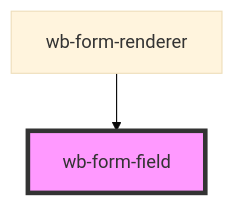
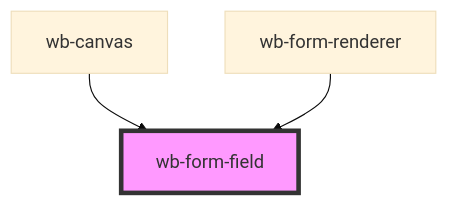
One commit to webmobix/form-builder changed the diagram in packages/form-components/src/components/wb-form-field/readme.md. Above: the diagram before and after it, drawn with Mermaid (base theme). The commit also changed other lines of this file and 20 other files, not shown here.

````diff
--- a/packages/form-components/src/components/wb-form-field/readme.md
+++ b/packages/form-components/src/components/wb-form-field/readme.md
@@ -42,5 +44,6 @@
 ```mermaid
 graph TD;
+  wb-canvas --> wb-form-field
   wb-form-renderer --> wb-form-field
   style wb-form-field fill:#f9f,stroke:#333,stroke-width:4px
 ```
````
